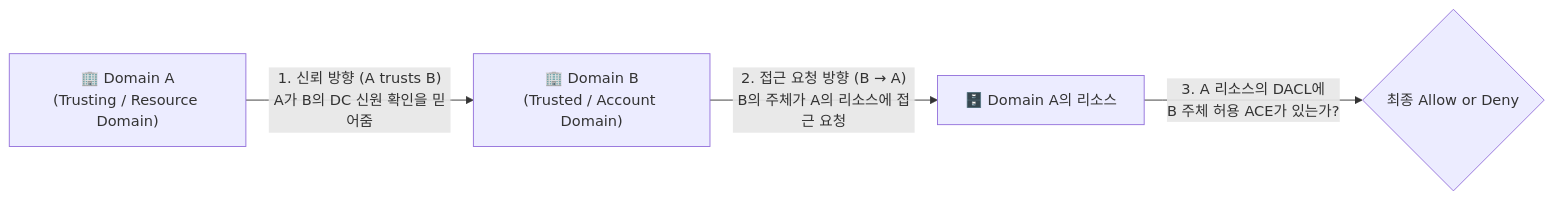
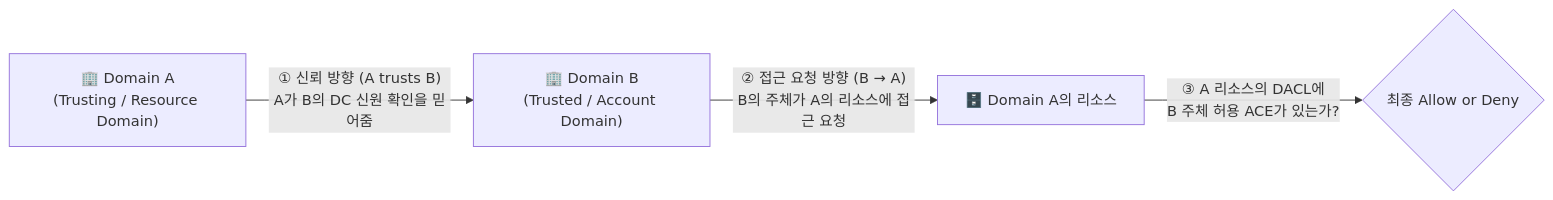
The fourth of 4 diagrams in content/OSCP/공격 체인 이전의 AD 아키텍처 기초 — Kerberos, NTLM, DACL·ACE, GPO·SYSVOL, 도메인 트러스트.md (gooyong-sec/gooyong-sec.github.io), drawn with Mermaid before and after one commit. The commit also changed 6 other files, not shown here.

First line of the commit message:
fix: avoid mermaid markdown-list misparse in numbered edge labels

````diff
--- a/content/OSCP/공격 체인 이전의 AD 아키텍처 기초 — Kerberos, NTLM, DACL·ACE, GPO·SYSVOL, 도메인 트러스트.md
+++ b/content/OSCP/공격 체인 이전의 AD 아키텍처 기초 — Kerberos, NTLM, DACL·ACE, GPO·SYSVOL, 도메인 트러스트.md
@@ -190,8 +190,8 @@
 ```mermaid
 flowchart LR
     A["🏢 Domain A<br/>(Trusting / Resource Domain)"]
     B["🏢 Domain B<br/>(Trusted / Account Domain)"]
-    A -->|"1. 신뢰 방향 (A trusts B)<br/>A가 B의 DC 신원 확인을 믿어줌"| B
-    B -->|"2. 접근 요청 방향 (B → A)<br/>B의 주체가 A의 리소스에 접근 요청"| R["🗄️ Domain A의 리소스"]
-    R -->|"3. A 리소스의 DACL에<br/>B 주체 허용 ACE가 있는가?"| X{"최종 Allow or Deny"}
+    A -->|"① 신뢰 방향 (A trusts B)<br/>A가 B의 DC 신원 확인을 믿어줌"| B
+    B -->|"② 접근 요청 방향 (B → A)<br/>B의 주체가 A의 리소스에 접근 요청"| R["🗄️ Domain A의 리소스"]
+    R -->|"③ A 리소스의 DACL에<br/>B 주체 허용 ACE가 있는가?"| X{"최종 Allow or Deny"}
 ```
````
